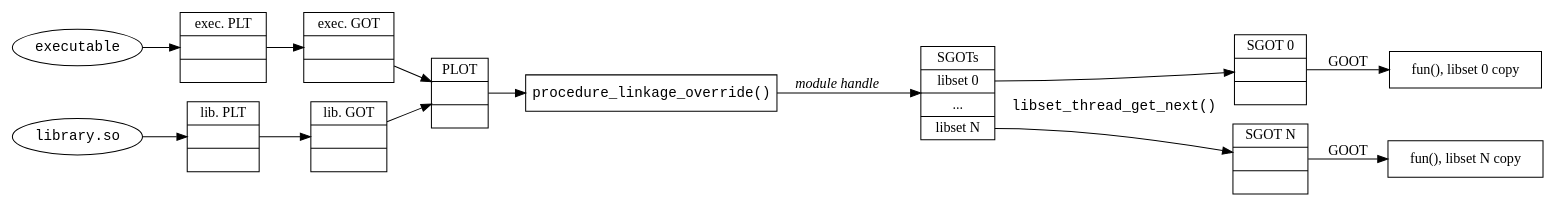
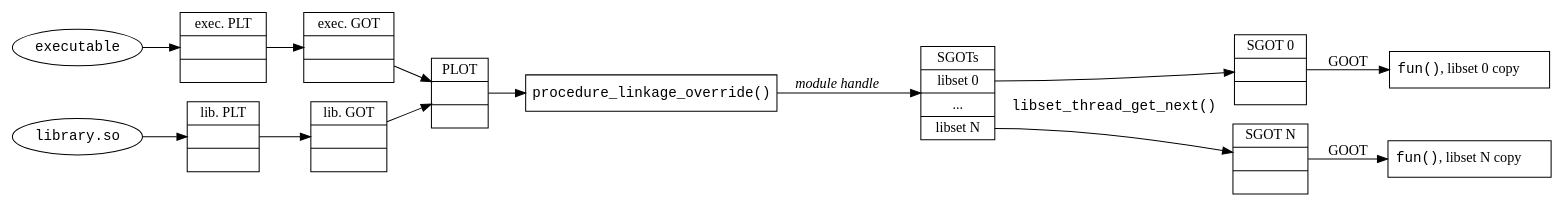
Before and after one commit to solb/thesis: the diagram in figs/tables.dot, drawn with Graphviz. The commit also changed 2 other files, not shown here.

```diff
--- a/figs/tables.dot
+++ b/figs/tables.dot
@@ -1,33 +1,33 @@
 strict digraph {
 	rankdir=LR;
 
 	mod0 [label="executable", fontname="monospace"];
 	plt0 [shape=record, label="exec. PLT||"];
 	got0 [shape=record, label="exec. GOT||"];
 	plot [shape=record, label="PLOT||"];
 	mod0 -> plt0;
 	plt0 -> got0;
 	got0 -> plot;
 
 	modN [label="library.so", fontname="monospace"];
 	pltN [shape=record, label="lib. PLT||"];
 	gotN [shape=record, label="lib. GOT||"];
 	modN -> pltN;
 	pltN -> gotN;
 	gotN -> plot;
 
 	plo [shape=box, label="procedure_linkage_override()", fontname="monospace"];
 	sgots [shape=record, label="SGOTs|<0> libset 0|...|<N> libset N"];
 	plot -> plo;
 	plo -> sgots [label=<<i>module handle</i>>];
 
 	sgot0 [shape=record, label="SGOT 0||"];
-	fun0 [shape=box, label="fun(), libset 0 copy"];
+	fun0 [shape=box, label=<<font face="monospace">fun()</font>, libset 0 copy>];
 	sgots:0 -> sgot0;
 	sgot0 -> fun0 [label="GOOT"];
 
 	sgotN [shape=record, label="SGOT N||"];
-	funN [shape=box, label="fun(), libset N copy"];
+	funN [shape=box, label=<<font face="monospace">fun()</font>, libset N copy>];
 	sgots:N -> sgotN [label="libset_thread_get_next()\n\n", fontname="monospace"];
 	sgotN -> funN [label="GOOT"];
 }
```
